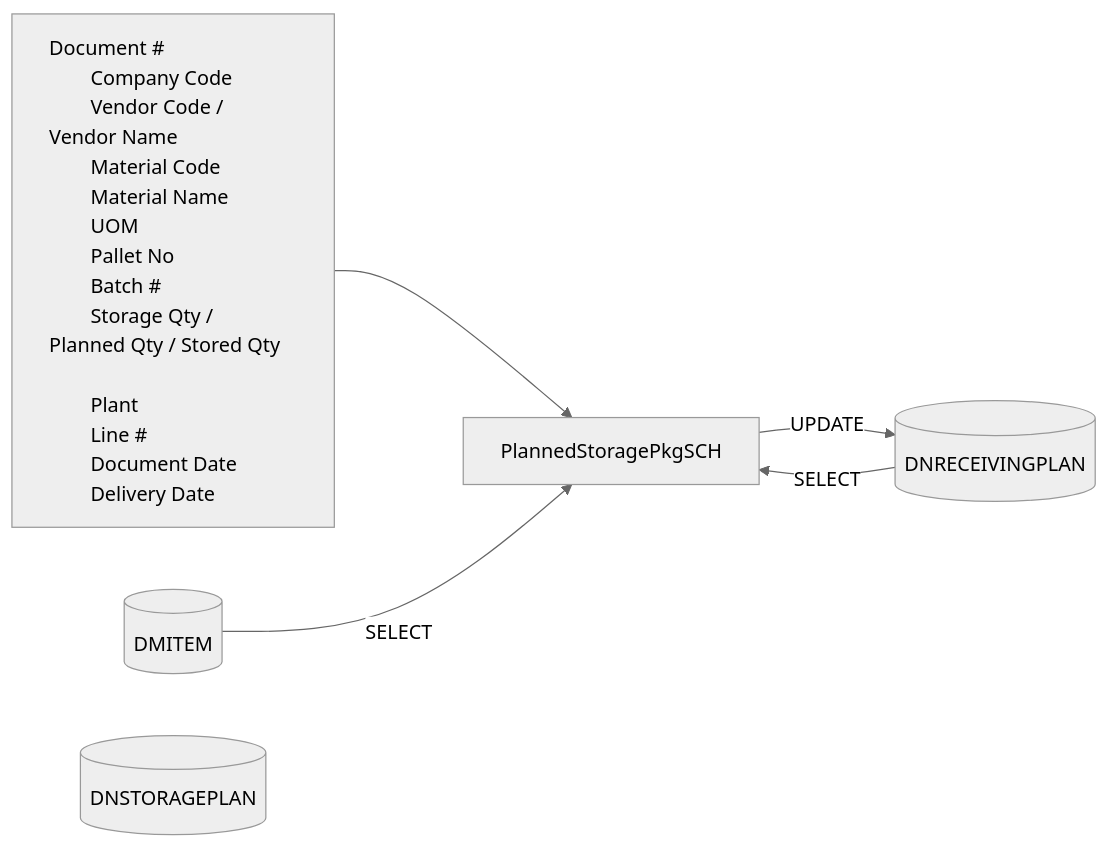
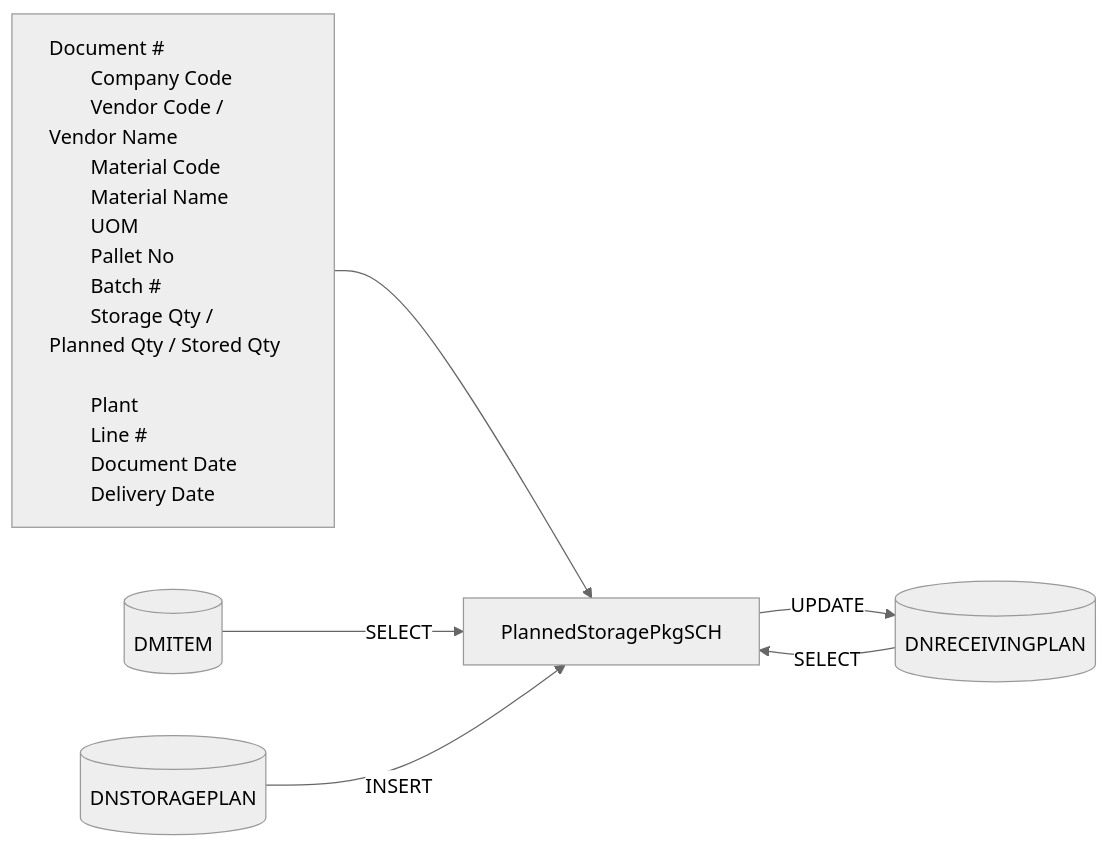
One commit to luthfiadityaa/SimeDarby-Wiki changed the first of 2 diagrams in Basic-Design/DFD-WMS/Storage/[SCREEN-ONLY]-Planned-Storage-Packaging-Material.md. Above: the diagram before and after it, drawn with Mermaid (neutral theme).

Commit message:
Updated [SCREEN ONLY] Planned Storage Packaging Material

```diff
--- a/Basic-Design/DFD-WMS/Storage/[SCREEN-ONLY]-Planned-Storage-Packaging-Material.md
+++ b/Basic-Design/DFD-WMS/Storage/[SCREEN-ONLY]-Planned-Storage-Packaging-Material.md
@@ -35,38 +35,39 @@
 ::: mermaid
 flowchart LR
     input[
         Document #
         Company Code
         Vendor Code / Vendor Name
         Material Code
         Material Name
         UOM
         Pallet No        
         Batch #
         Storage Qty / Planned Qty / Stored Qty        
         Plant
         Line #
         Document Date
         Delivery Date
     ]
 
     tableList-select[("
         DMITEM
     ")]
 
     tableList-select2[("
         DNRECEIVINGPLAN
     ")]
 
     tableList-select3[("
         DNSTORAGEPLAN
     ")]
 
     className[PlannedStoragePkgSCH]
 
     input --> className--> |UPDATE| tableList-select2
     tableList-select--> |SELECT| className 
-    tableList-select2--> |SELECT| className 
+    tableList-select2--> |SELECT| className
+    tableList-select3--> |INSERT| className  
 
     style input text-align:left
 :::
```
